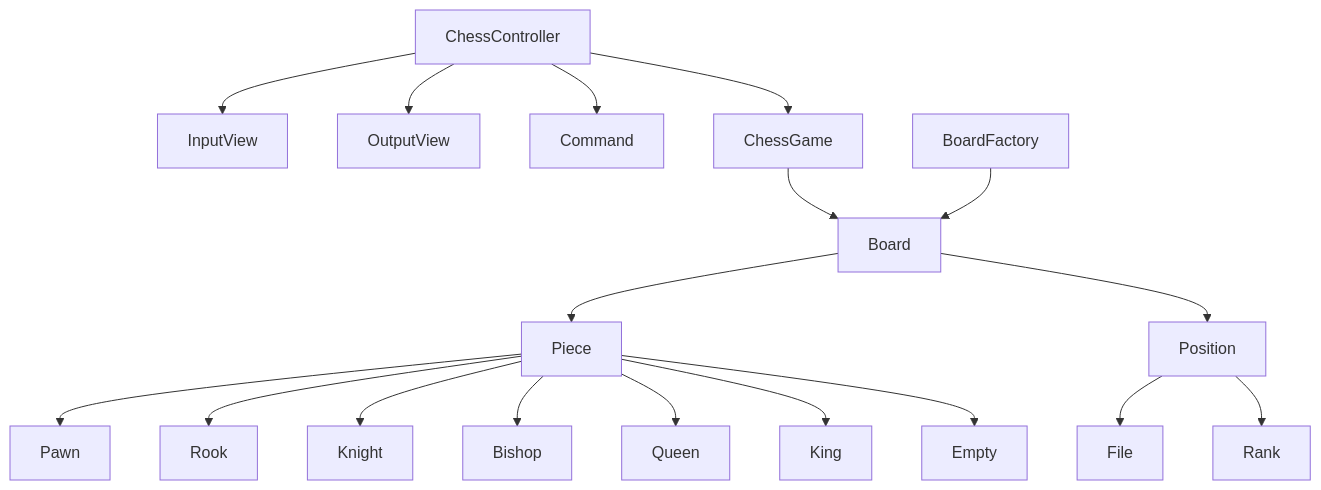
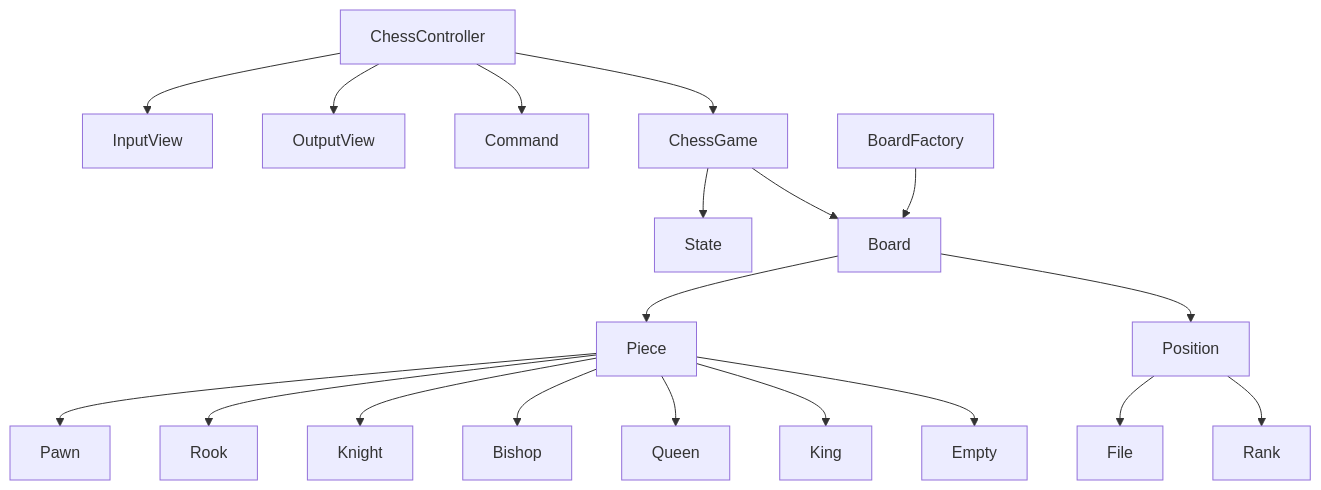
One commit to woowacourse/java-chess changed the diagram in README.md. Above: the diagram before and after it, drawn with Mermaid.

Commit message:
docs: 다이어그램 수정

````diff
--- a/README.md
+++ b/README.md
@@ -11,25 +11,26 @@
 ```mermaid
 graph TD
     ChessController --> InputView
     ChessController --> OutputView
     ChessController --> Command
     ChessController --> ChessGame
-    
+
+    ChessGame --> State
     ChessGame --> Board
     
     BoardFactory --> Board
 
     Board --> Piece
     Board --> Position
     
     Position --> File
     Position --> Rank
     
     Piece --> Pawn
     Piece --> Rook
     Piece --> Knight
     Piece --> Bishop
     Piece --> Queen
     Piece --> King
     Piece --> Empty
 ```
````
